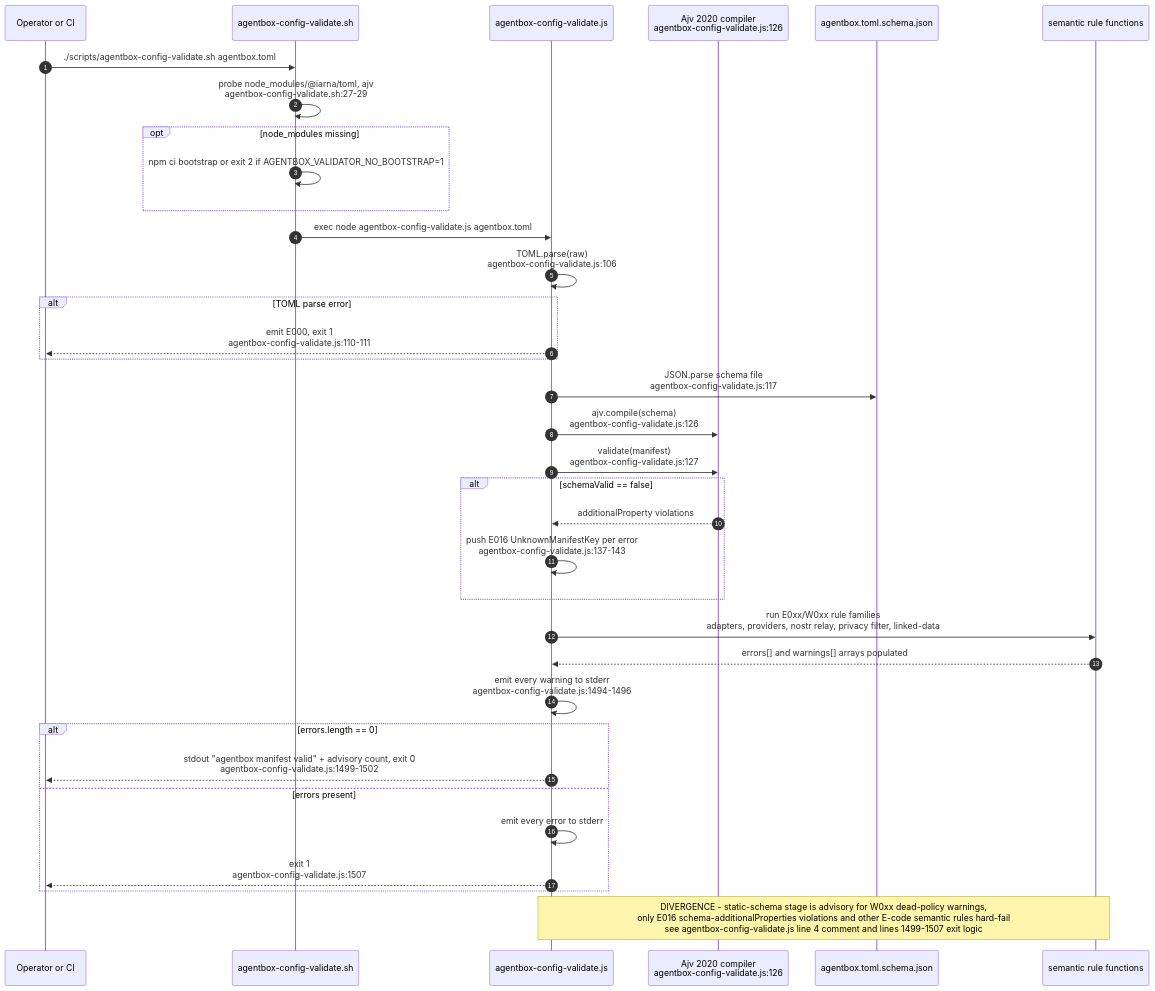
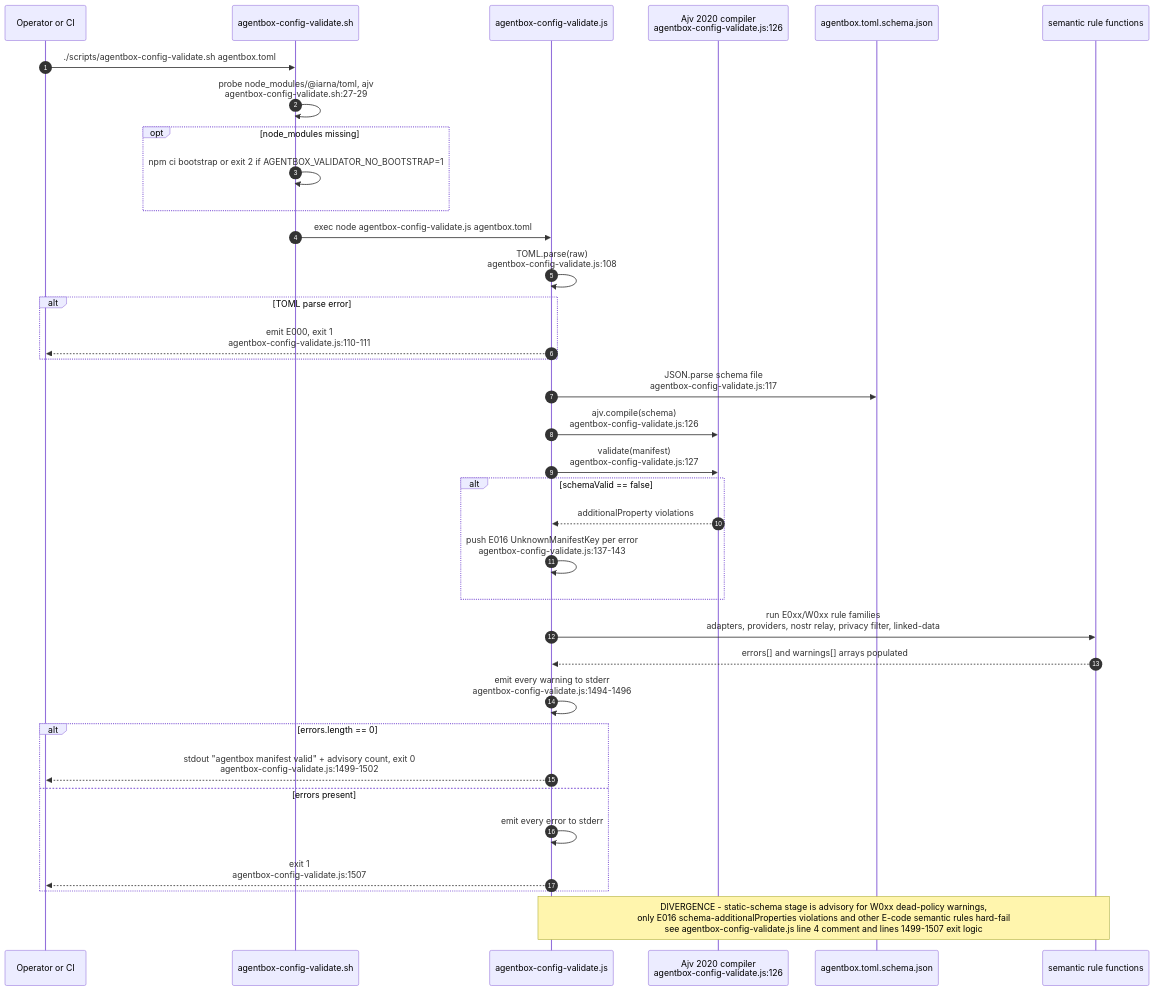
Before and after one commit to DreamLab-AI/VisionFlow: the fourth of 11 diagrams in docs/diagrams/agentbox/01-nix-flake-composition.md, drawn with Mermaid. The commit also changed other lines of this file and 51 other files, not shown here.

First line of the commit message:
docs(diagrams): agentbox AB-01..13 re-attested anchor by anchor (980 anchors, 22 defects); checkpoint against an out-of-mesh writer

````diff
--- a/docs/diagrams/agentbox/01-nix-flake-composition.md
+++ b/docs/diagrams/agentbox/01-nix-flake-composition.md
@@ -165,39 +165,39 @@
 ```mermaid
 sequenceDiagram
     autonumber
     participant OP as Operator or CI
     participant WRAP as agentbox-config-validate.sh
     participant JS as agentbox-config-validate.js
     participant AJV as Ajv 2020 compiler<br/>agentbox-config-validate.js:126
     participant SCHEMA as agentbox.toml.schema.json
     participant SEM as semantic rule functions
 
     OP->>WRAP: ./scripts/agentbox-config-validate.sh agentbox.toml
     WRAP->>WRAP: probe node_modules/@iarna/toml, ajv<br/>agentbox-config-validate.sh:27-29
     opt node_modules missing
         WRAP->>WRAP: npm ci bootstrap or exit 2 if AGENTBOX_VALIDATOR_NO_BOOTSTRAP=1
     end
     WRAP->>JS: exec node agentbox-config-validate.js agentbox.toml
-    JS->>JS: TOML.parse(raw)<br/>agentbox-config-validate.js:106
+    JS->>JS: TOML.parse(raw)<br/>agentbox-config-validate.js:108
     alt TOML parse error
         JS-->>OP: emit E000, exit 1<br/>agentbox-config-validate.js:110-111
     end
     JS->>SCHEMA: JSON.parse schema file<br/>agentbox-config-validate.js:117
     JS->>AJV: ajv.compile(schema)<br/>agentbox-config-validate.js:126
     JS->>AJV: validate(manifest)<br/>agentbox-config-validate.js:127
     alt schemaValid == false
         AJV-->>JS: additionalProperty violations
         JS->>JS: push E016 UnknownManifestKey per error<br/>agentbox-config-validate.js:137-143
     end
     JS->>SEM: run E0xx/W0xx rule families<br/>adapters, providers, nostr relay, privacy filter, linked-data
     SEM-->>JS: errors[] and warnings[] arrays populated
     JS->>JS: emit every warning to stderr<br/>agentbox-config-validate.js:1494-1496
     alt errors.length == 0
         JS-->>OP: stdout "agentbox manifest valid" + advisory count, exit 0<br/>agentbox-config-validate.js:1499-1502
     else errors present
         JS->>JS: emit every error to stderr
         JS-->>OP: exit 1<br/>agentbox-config-validate.js:1507
     end
 
     Note over JS,SEM: DIVERGENCE - static-schema stage is advisory for W0xx dead-policy warnings,<br/>only E016 schema-additionalProperties violations and other E-code semantic rules hard-fail<br/>see agentbox-config-validate.js line 4 comment and lines 1499-1507 exit logic
 ```
````
